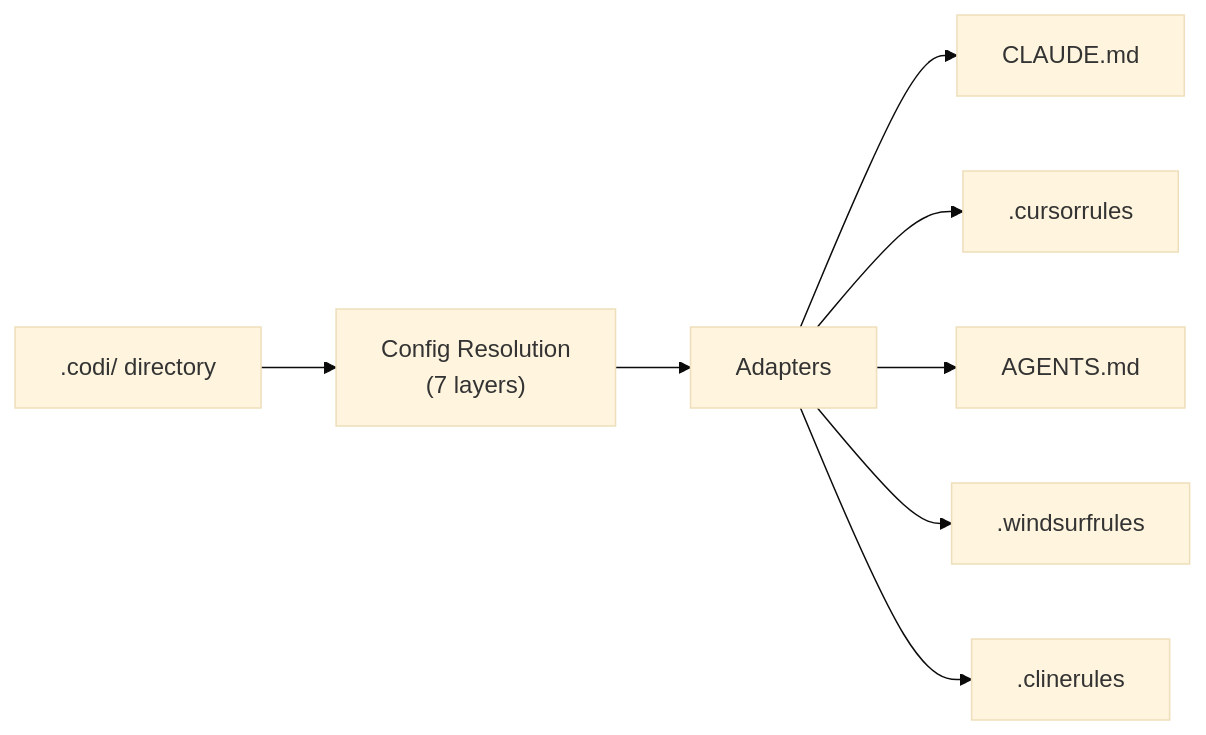
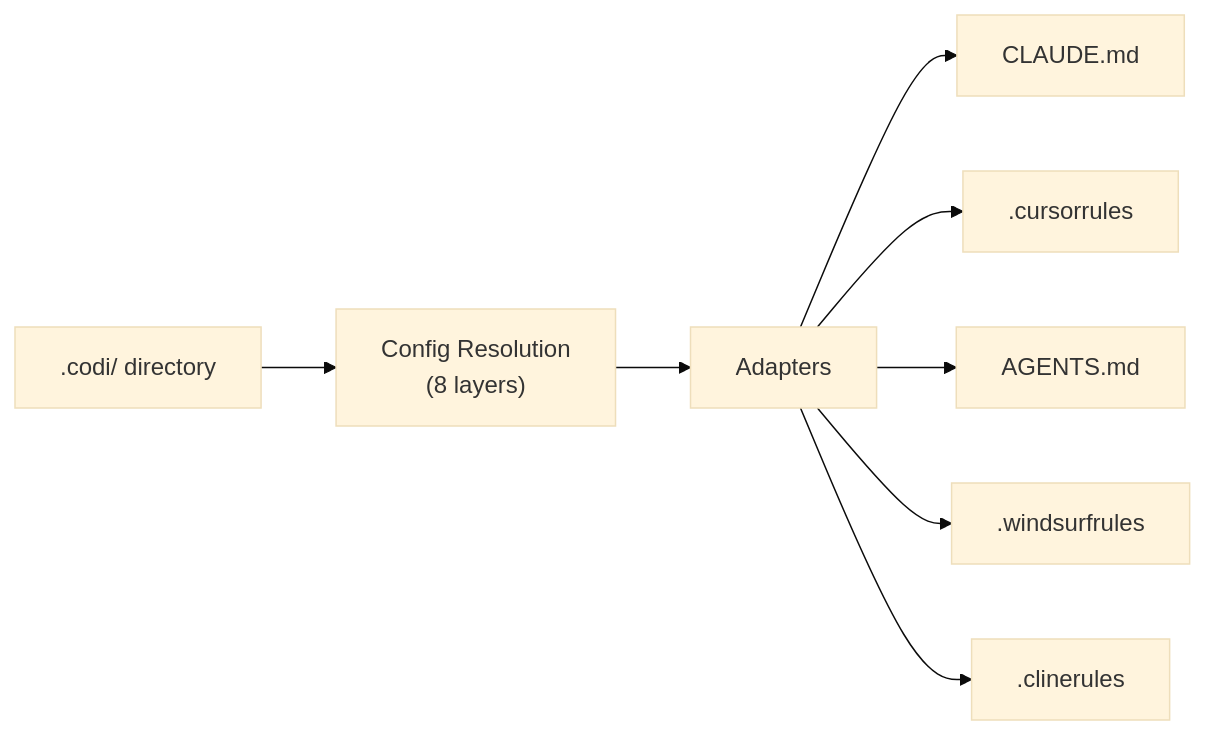
Before and after one commit to lehidalgo/codi: the diagram in README.md, drawn with Mermaid (base theme). The commit also changed other lines of this file and 867 other files, not shown here.

````diff
--- a/README.md
+++ b/README.md
@@ -94,10 +70,10 @@
 ```mermaid
 flowchart LR
-    A[".codi/ directory"] --> B["Config Resolution<br/>(7 layers)"]
+    A[".codi/ directory"] --> B["Config Resolution\n(8 layers)"]
     B --> C["Adapters"]
     C --> D["CLAUDE.md"]
     C --> E[".cursorrules"]
     C --> F["AGENTS.md"]
     C --> G[".windsurfrules"]
     C --> H[".clinerules"]
 ```
````
